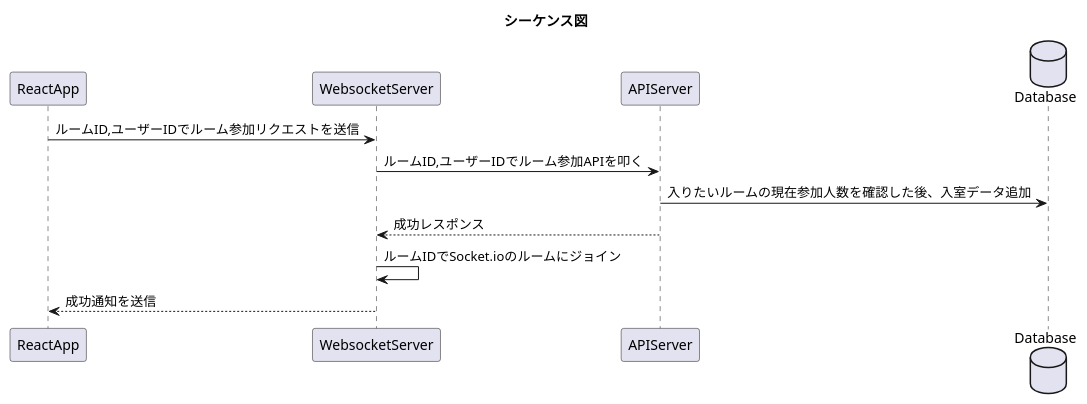
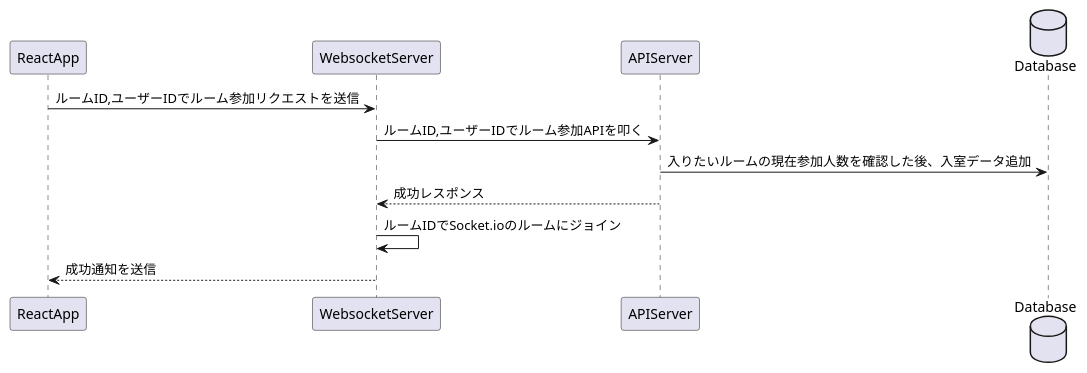
Before and after one commit to taniwhy/mochi-match-rest: the diagram in websocket/ルーム参加.pu, drawn with PlantUML. The commit also changed 3 other files, not shown here.

```diff
--- a/websocket/ルーム参加.pu
+++ b/websocket/ルーム参加.pu
@@ -1,18 +1,17 @@
 @startuml
-title シーケンス図
 
 participant ReactApp
 participant WebsocketServer
 participant APIServer
 
 database Database
 
 ReactApp -> WebsocketServer : ルームID,ユーザーIDでルーム参加リクエストを送信
 WebsocketServer -> APIServer : ルームID,ユーザーIDでルーム参加APIを叩く
 APIServer -> Database : 入りたいルームの現在参加人数を確認した後、入室データ追加
 APIServer --> WebsocketServer : 成功レスポンス
 WebsocketServer -> WebsocketServer : ルームIDでSocket.ioのルームにジョイン
 WebsocketServer --> ReactApp : 成功通知を送信
 
 
 @enduml
```
